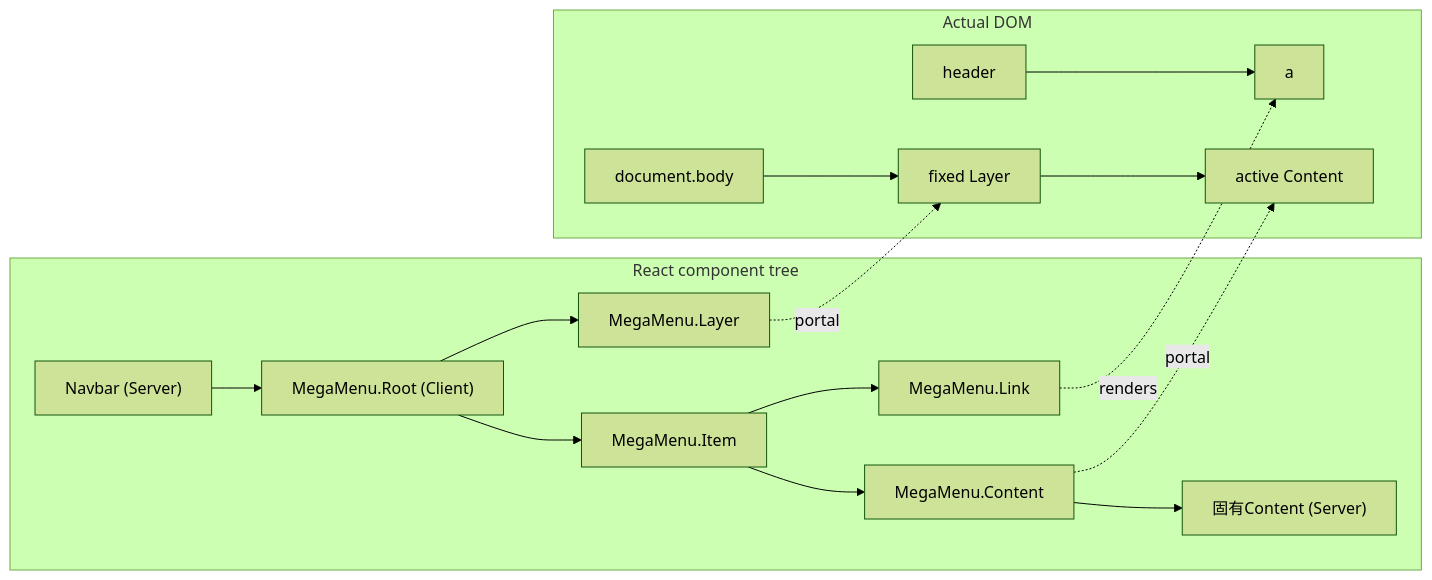
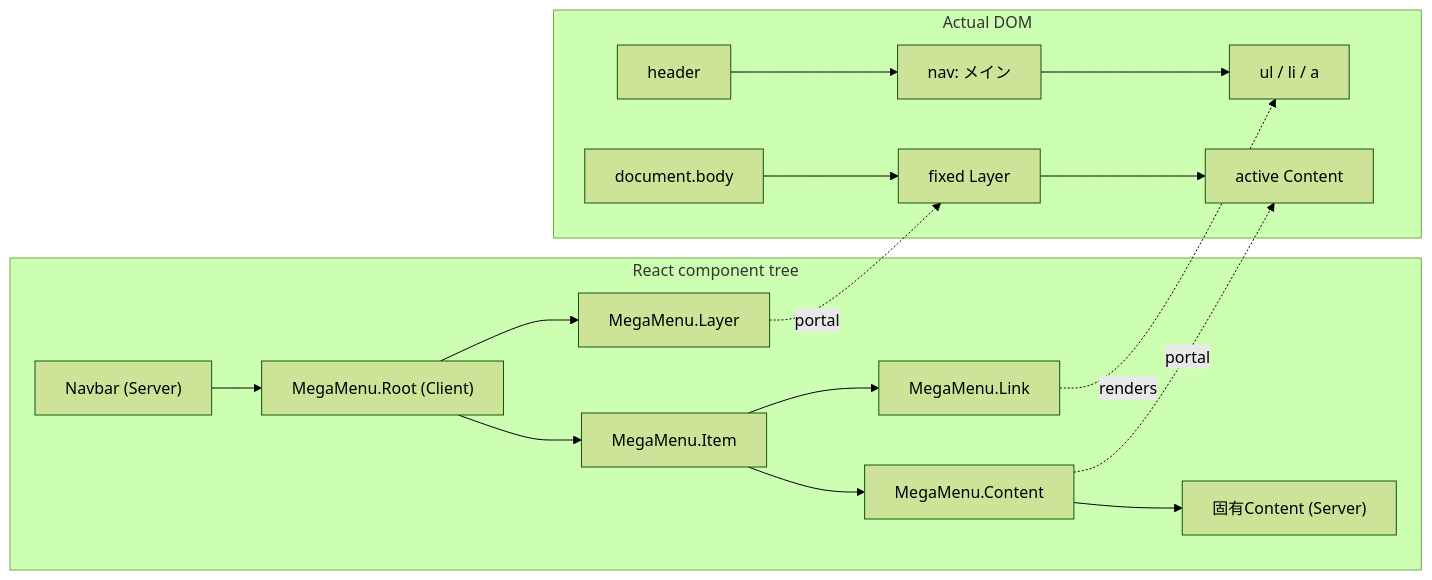
The diagram in docs/navbar-mega-menu-design-review.md (TakakuTakuya/example-next-app), drawn with Mermaid (forest theme) before and after one commit. The commit also changed other lines of this file and 3 other files, not shown here.

````diff
--- a/docs/navbar-mega-menu-design-review.md
+++ b/docs/navbar-mega-menu-design-review.md
@@ -105,21 +104,22 @@
 ```mermaid
 flowchart LR
   subgraph ReactTree["React component tree"]
     Navbar["Navbar (Server)"] --> Root["MegaMenu.Root (Client)"]
     Root --> Item["MegaMenu.Item"]
     Item --> Link["MegaMenu.Link"]
     Item --> Wrapper["MegaMenu.Content"]
     Wrapper --> Content["固有Content (Server)"]
     Root --> Layer["MegaMenu.Layer"]
   end
 
   subgraph DOMTree["Actual DOM"]
-    Header["header"] --> TriggerDOM["a"]
+    Header["header"] --> MainNav["nav: メイン"]
+    MainNav --> TriggerDOM["ul / li / a"]
     Body["document.body"] --> LayerDOM["fixed Layer"]
     LayerDOM --> ContentDOM["active Content"]
   end
 
   Link -. renders .-> TriggerDOM
   Layer -. portal .-> LayerDOM
   Wrapper -. portal .-> ContentDOM
 ```
````
